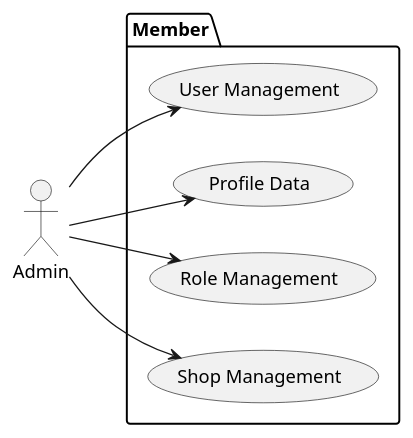
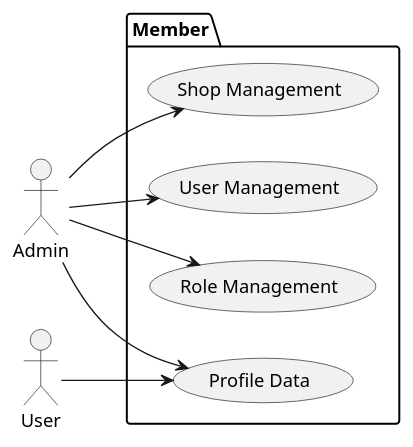
One commit to POS-Java-Microservice/requirement-documents changed the diagram in User/Requirement/use-case.wsd. Above: the diagram before and after it, drawn with PlantUML. The commit also changed 3 other files, not shown here.

```diff
--- a/User/Requirement/use-case.wsd
+++ b/User/Requirement/use-case.wsd
@@ -1,17 +1,19 @@
 @startuml member-service
 
 left to right direction
 actor Admin as u
+actor User as ur
 package Member{
     usecase "User Management" as uc1
     usecase "Profile Data" as uc2
     usecase "Role Management" as uc3
     usecase "Shop Management" as uc4
 }
 
 u --> uc1
 u --> uc2
 u --> uc3
 u --> uc4
+ur --> uc2
 
 @enduml
```
